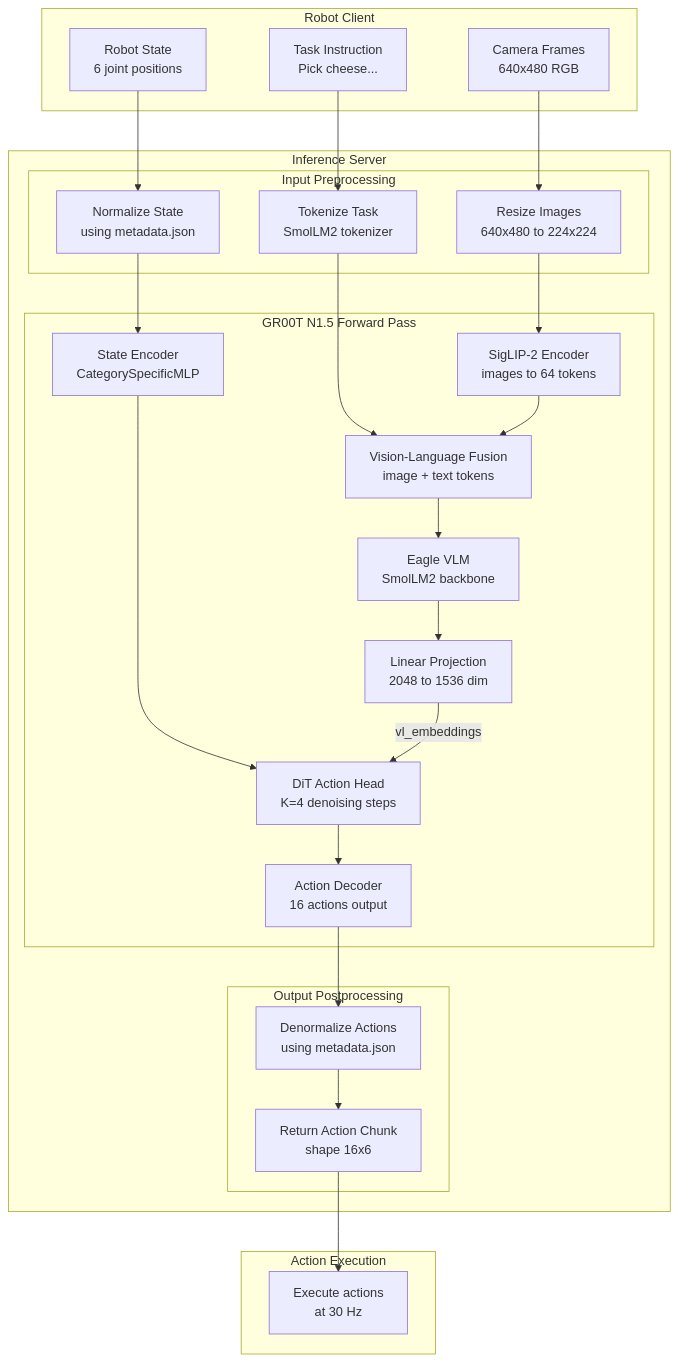
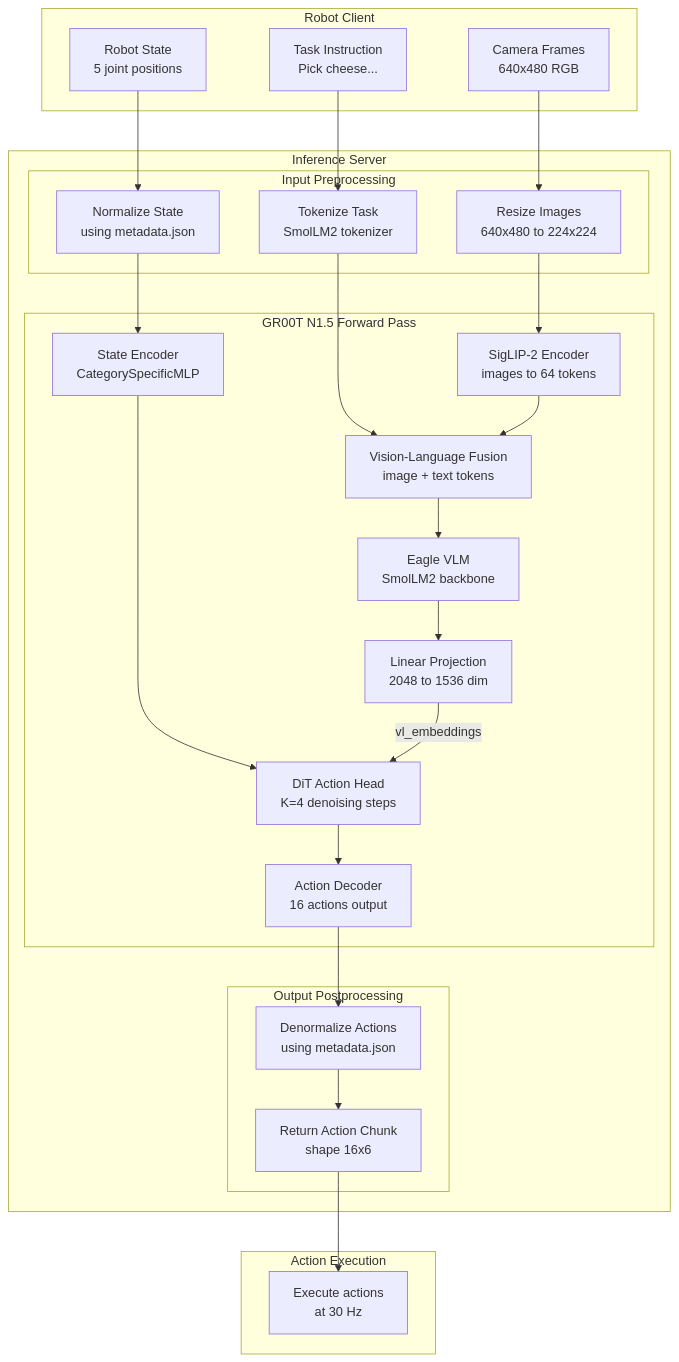
Before and after one commit to mvipin/chefmate: diagram 36 of 45 in README.md, drawn with Mermaid. The commit also changed other lines of this file, not shown here.

````diff
--- a/README.md
+++ b/README.md
@@ -5781,55 +5594,55 @@
 ```mermaid
 flowchart TB
     subgraph Client["Robot Client"]
         CAM[Camera Frames<br>640x480 RGB]
-        STATE[Robot State<br>6 joint positions]
+        STATE[Robot State<br>5 joint positions]
         TASK[Task Instruction<br>Pick cheese...]
     end
 
     subgraph Server["Inference Server"]
         subgraph Preprocess["Input Preprocessing"]
             RESIZE[Resize Images<br>640x480 to 224x224]
             NORM_STATE[Normalize State<br>using metadata.json]
             TOKENIZE[Tokenize Task<br>SmolLM2 tokenizer]
         end
 
         subgraph Model["GR00T N1.5 Forward Pass"]
             SIGLIP[SigLIP-2 Encoder<br>images to 64 tokens]
             VL_FUSE[Vision-Language Fusion<br>image + text tokens]
             EAGLE[Eagle VLM<br>SmolLM2 backbone]
             PROJ[Linear Projection<br>2048 to 1536 dim]
 
             STATE_ENC[State Encoder<br>CategorySpecificMLP]
             DIT[DiT Action Head<br>K=4 denoising steps]
             ACTION_DEC[Action Decoder<br>16 actions output]
         end
 
         subgraph Postprocess["Output Postprocessing"]
             DENORM[Denormalize Actions<br>using metadata.json]
             CHUNK[Return Action Chunk<br>shape 16x6]
         end
     end
 
     subgraph Execution["Action Execution"]
         EXEC[Execute actions<br>at 30 Hz]
     end
 
     CAM --> RESIZE
     STATE --> NORM_STATE
     TASK --> TOKENIZE
 
     RESIZE --> SIGLIP
     TOKENIZE --> VL_FUSE
     SIGLIP --> VL_FUSE
     VL_FUSE --> EAGLE
     EAGLE --> PROJ
 
     NORM_STATE --> STATE_ENC
     STATE_ENC --> DIT
     PROJ --> |vl_embeddings| DIT
     DIT --> ACTION_DEC
     ACTION_DEC --> DENORM
     DENORM --> CHUNK
 
     CHUNK --> EXEC
 ```
````
